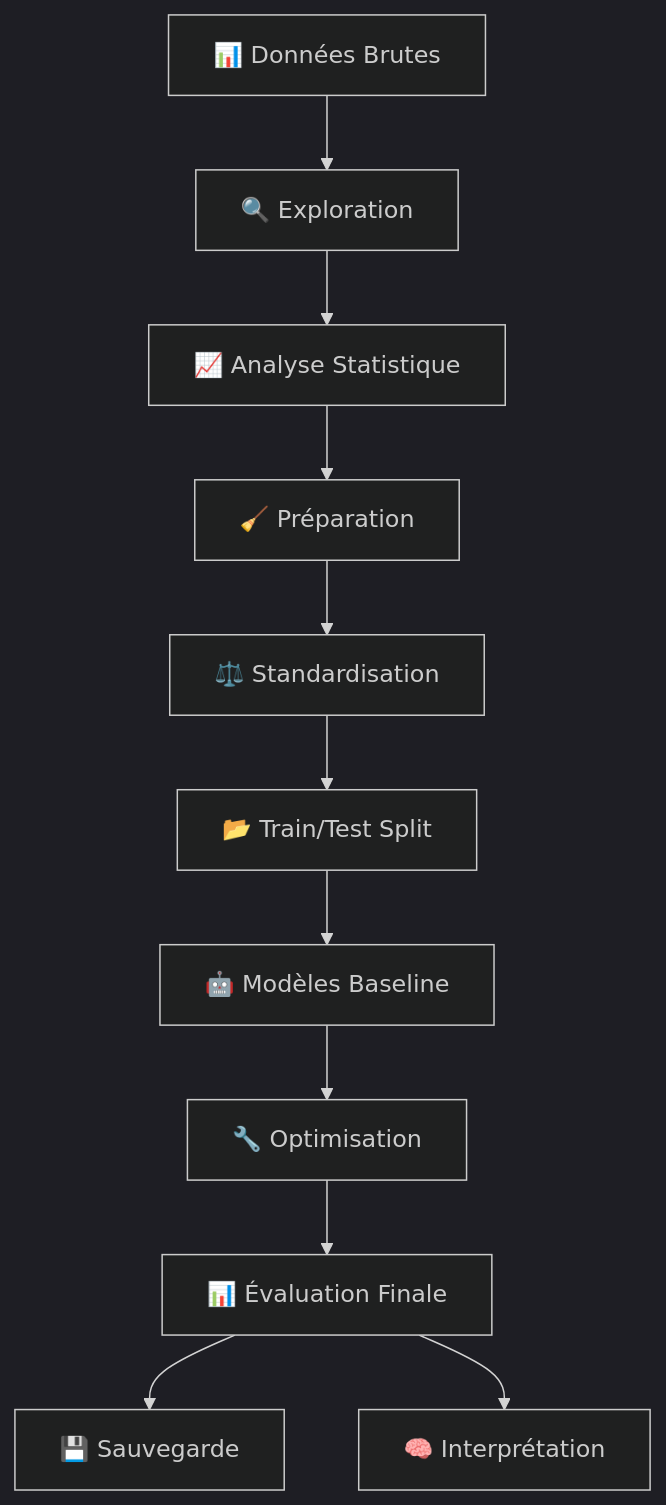
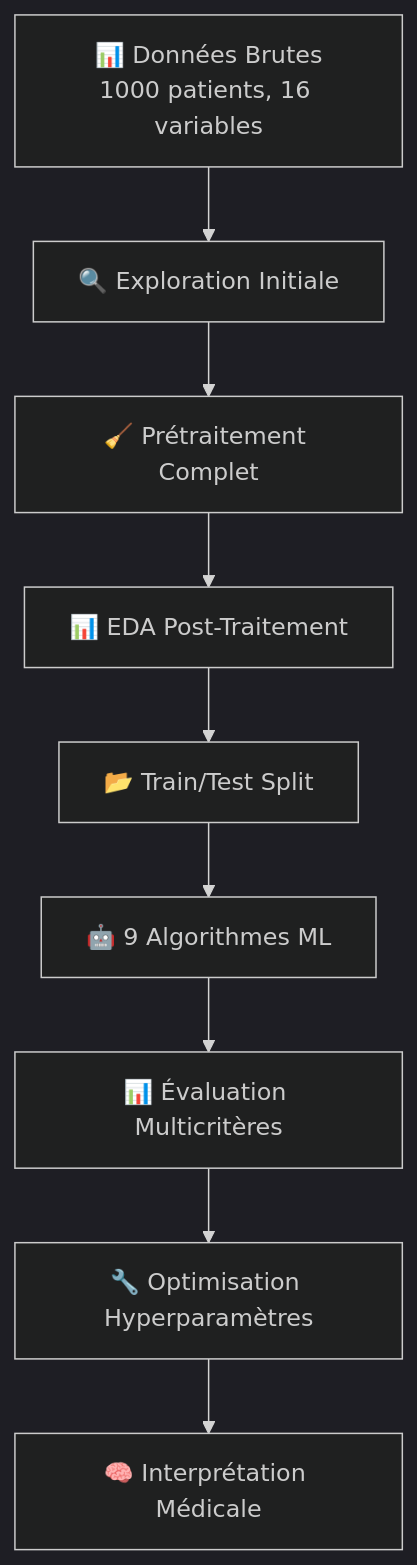
The diagram in README.md (Mohamedhamed-ibnhadjmohamed/Pr-diction-des-Maladies-Cardiaques), drawn with Mermaid (dark theme) before and after one commit. The commit also changed other lines of this file and 63 other files, not shown here.

````diff
--- a/README.md
+++ b/README.md
@@ -26,13 +25,11 @@
 ```mermaid
 graph TD
-    A[📊 Données Brutes] --> B[🔍 Exploration]
-    B --> C[📈 Analyse Statistique]
-    C --> D[🧹 Préparation]
-    D --> E[⚖️ Standardisation]
-    E --> F[📂 Train/Test Split]
-    F --> G[🤖 Modèles Baseline]
-    G --> H[🔧 Optimisation]
-    H --> I[📊 Évaluation Finale]
-    I --> J[💾 Sauvegarde]
-    I --> K[🧠 Interprétation]
+    A[📊 Données Brutes<br/>1000 patients, 16 variables] --> B[🔍 Exploration Initiale]
+    B --> C[🧹 Prétraitement Complet]
+    C --> D[📊 EDA Post-Traitement]
+    D --> E[📂 Train/Test Split]
+    E --> F[🤖 9 Algorithmes ML]
+    F --> G[📊 Évaluation Multicritères]
+    G --> H[🔧 Optimisation Hyperparamètres]
+    H --> I[🧠 Interprétation Médicale]
 ```
````
